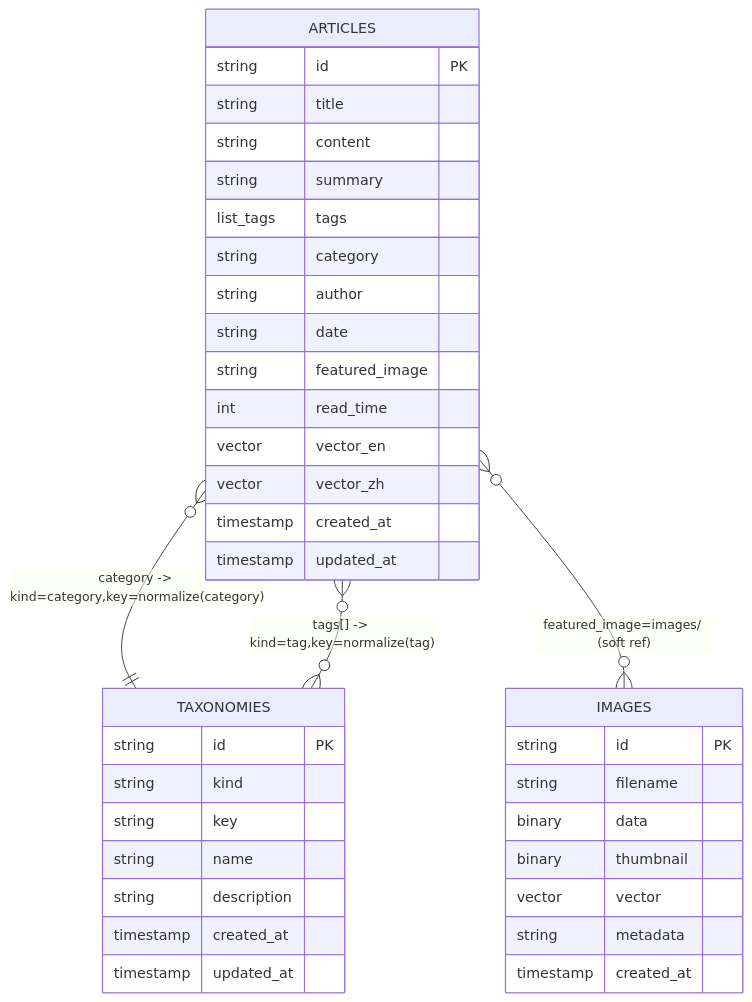
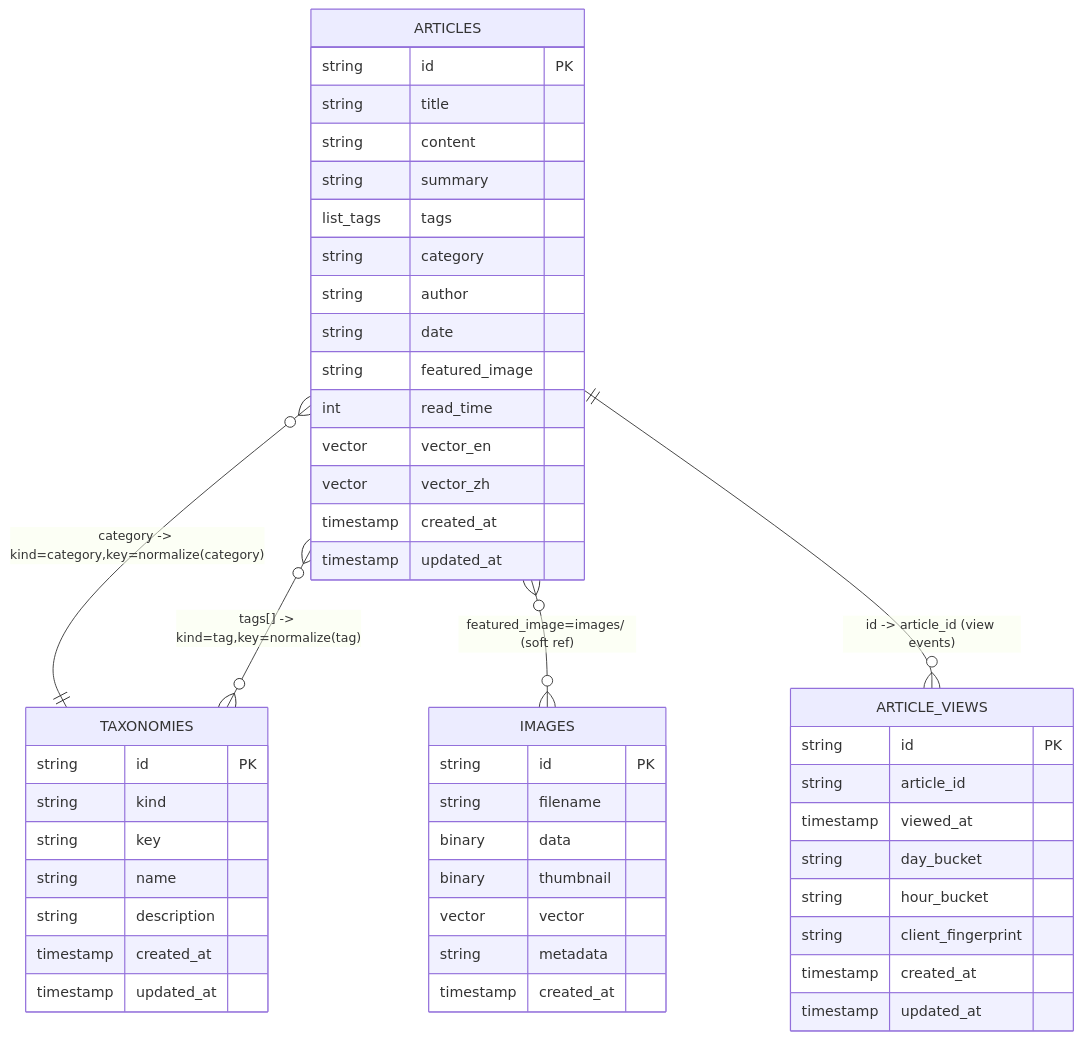
The first of 2 diagrams in docs/cli-user-guide.zh.md (acking-you/static_flow), drawn with Mermaid before and after one commit. The commit also changed other lines of this file and 28 other files, not shown here.

Commit message:
feat: add ViewTrendChart component for visualizing article view trends

````diff
--- a/docs/cli-user-guide.zh.md
+++ b/docs/cli-user-guide.zh.md
@@ -67,43 +72,55 @@
 ```mermaid
 erDiagram
     ARTICLES {
       string id PK
       string title
       string content
       string summary
       list_tags tags
       string category
       string author
       string date
       string featured_image
       int read_time
       vector vector_en
       vector vector_zh
       timestamp created_at
       timestamp updated_at
     }
 
     IMAGES {
       string id PK
       string filename
       binary data
       binary thumbnail
       vector vector
       string metadata
       timestamp created_at
     }
 
     TAXONOMIES {
       string id PK
       string kind
       string key
       string name
       string description
       timestamp created_at
       timestamp updated_at
     }
 
+    ARTICLE_VIEWS {
+      string id PK
+      string article_id
+      timestamp viewed_at
+      string day_bucket
+      string hour_bucket
+      string client_fingerprint
+      timestamp created_at
+      timestamp updated_at
+    }
+
     ARTICLES }o--|| TAXONOMIES : "category -> kind=category,key=normalize(category)"
     ARTICLES }o--o{ TAXONOMIES : "tags[] -> kind=tag,key=normalize(tag)"
     ARTICLES }o--o{ IMAGES : "featured_image=images/<image_id> (soft ref)"
+    ARTICLES ||--o{ ARTICLE_VIEWS : "id -> article_id (view events)"
 ```
````
